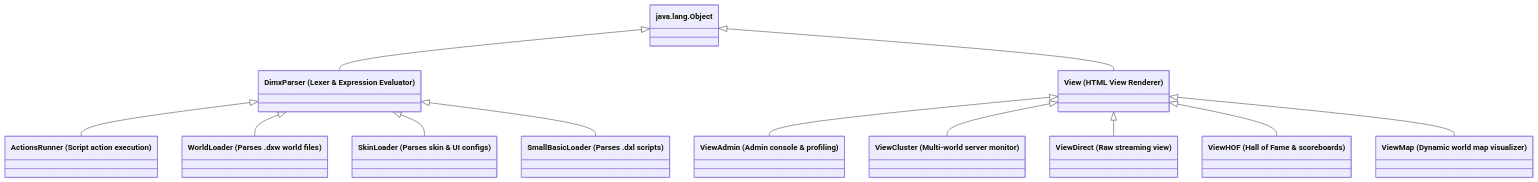
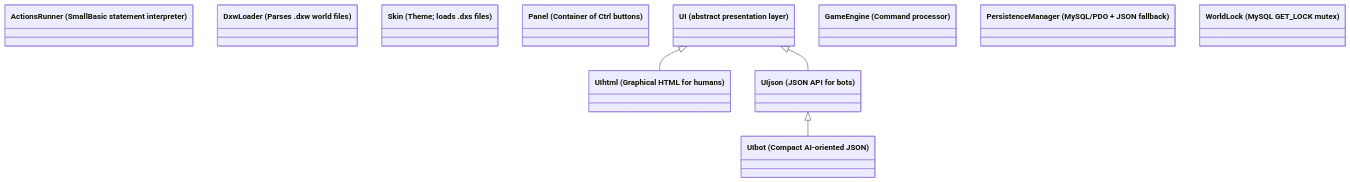
The second of 5 diagrams in docs/CLASS_HIERARCHY.md (cleoni/dimya), drawn with Mermaid before and after one commit. The commit also changed other lines of this file and 3 other files, not shown here.

````diff
--- a/docs/CLASS_HIERARCHY.md
+++ b/docs/CLASS_HIERARCHY.md
@@ -68,32 +58,22 @@
 ```mermaid
 classDiagram
     direction TB
 
-    class Object["java.lang.Object"]
+    class ActionsRunner["ActionsRunner (SmallBasic statement interpreter)"]
+    class DxwLoader["DxwLoader (Parses .dxw world files)"]
+    class Skin["Skin (Theme; loads .dxs files)"]
+    class Panel["Panel (Container of Ctrl buttons)"]
 
-    class DimxParser["DimxParser (Lexer & Expression Evaluator)"]
-    class ActionsRunner["ActionsRunner (Script action execution)"]
-    class WorldLoader["WorldLoader (Parses .dxw world files)"]
-    class SkinLoader["SkinLoader (Parses skin & UI configs)"]
-    class SmallBasicLoader["SmallBasicLoader (Parses .dxl scripts)"]
+    class UI["UI (abstract presentation layer)"]
+    class UIhtml["UIhtml (Graphical HTML for humans)"]
+    class UIjson["UIjson (JSON API for bots)"]
+    class UIbot["UIbot (Compact AI-oriented JSON)"]
 
-    class View["View (HTML View Renderer)"]
-    class ViewAdmin["ViewAdmin (Admin console & profiling)"]
-    class ViewCluster["ViewCluster (Multi-world server monitor)"]
-    class ViewDirect["ViewDirect (Raw streaming view)"]
-    class ViewHOF["ViewHOF (Hall of Fame & scoreboards)"]
-    class ViewMap["ViewMap (Dynamic world map visualizer)"]
+    class GameEngine["GameEngine (Command processor)"]
+    class PersistenceManager["PersistenceManager (MySQL/PDO + JSON fallback)"]
+    class WorldLock["WorldLock (MySQL GET_LOCK mutex)"]
 
-    Object <|-- DimxParser
-    DimxParser <|-- ActionsRunner
-    DimxParser <|-- WorldLoader
-    DimxParser <|-- SkinLoader
-    DimxParser <|-- SmallBasicLoader
-
-    Object <|-- View
-    View <|-- ViewAdmin
-    View <|-- ViewCluster
-    View <|-- ViewDirect
-    View <|-- ViewHOF
-    View <|-- ViewMap
+    UI <|-- UIhtml
+    UI <|-- UIjson
+    UIjson <|-- UIbot
 ```
````
